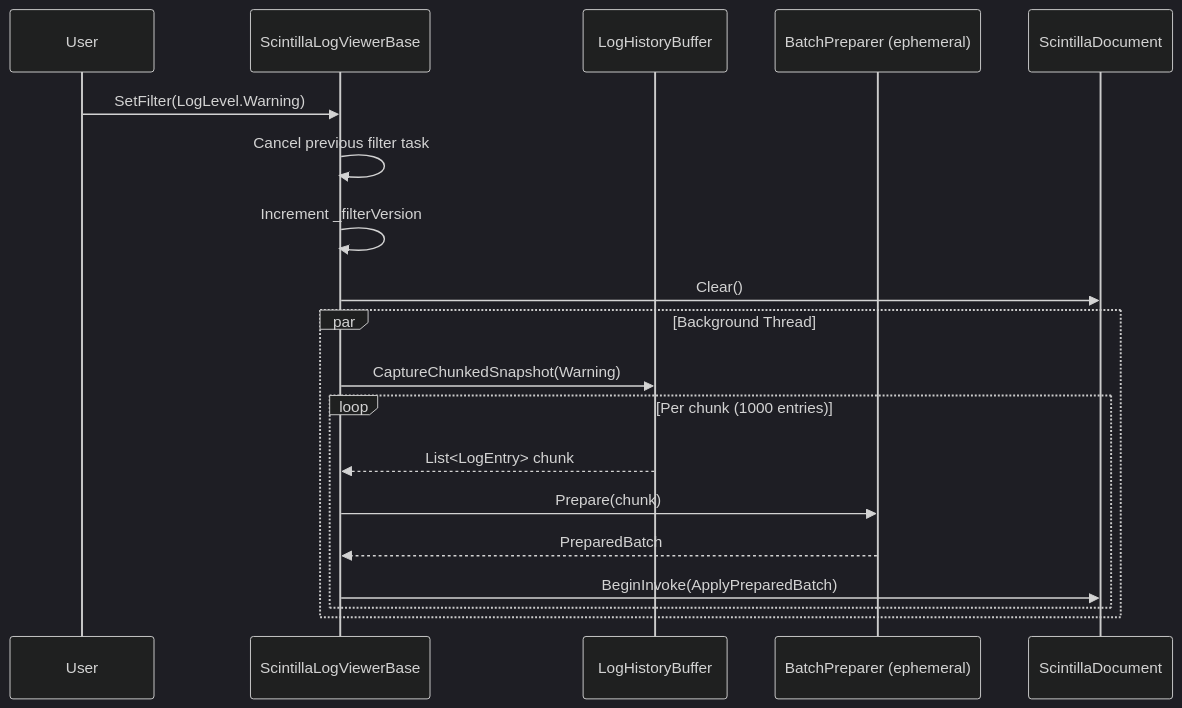
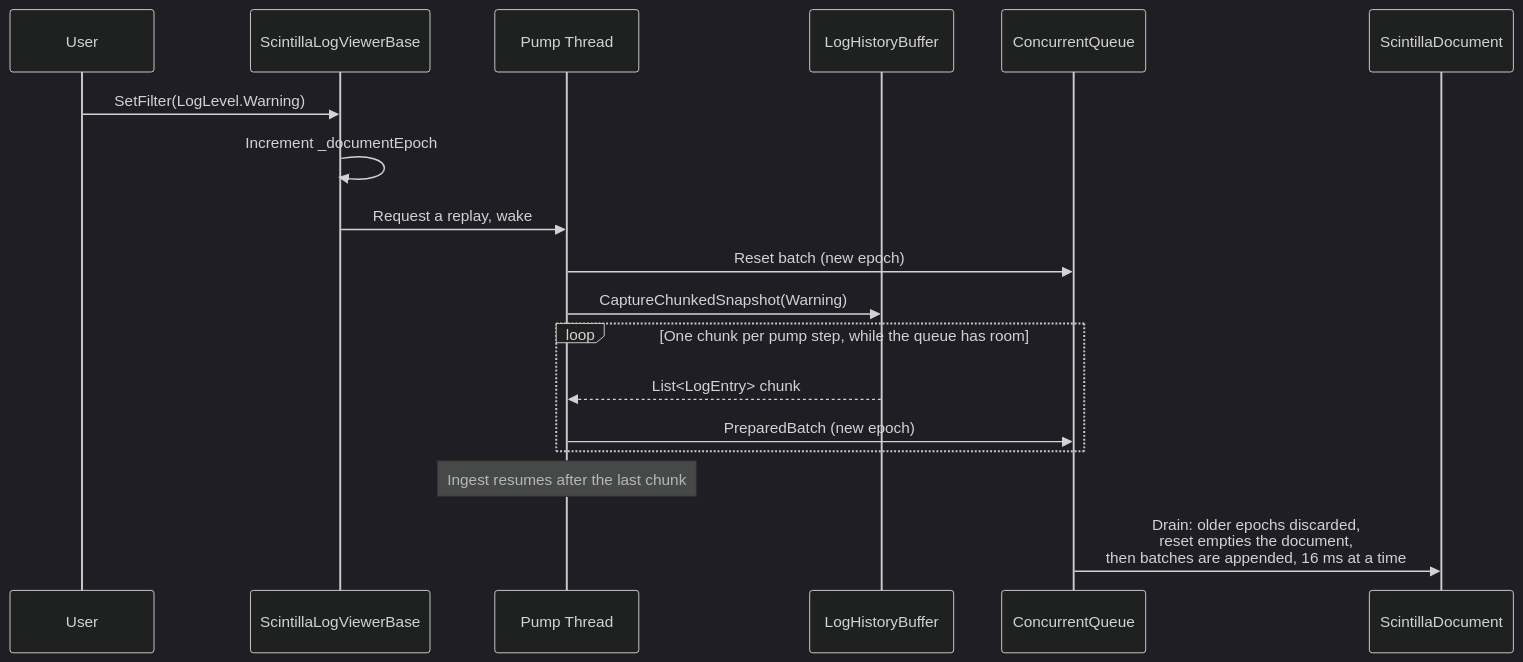
One commit to trgiangv/ZLogger.Scintilla changed the fifth of 8 diagrams in docs/architecture.md. Above: the diagram before and after it, drawn with Mermaid (dark theme). The commit also changed other lines of this file and 6 other files, not shown here.

````diff
--- a/docs/architecture.md
+++ b/docs/architecture.md
@@ -180,23 +204,23 @@
 ```mermaid
 sequenceDiagram
     participant User
     participant Base as ScintillaLogViewerBase
+    participant Pump as Pump Thread
     participant Hist as LogHistoryBuffer
-    participant Prep as BatchPreparer (ephemeral)
+    participant Queue as ConcurrentQueue
     participant Doc as ScintillaDocument
 
     User->>Base: SetFilter(LogLevel.Warning)
-    Base->>Base: Cancel previous filter task
-    Base->>Base: Increment _filterVersion
-    Base->>Doc: Clear()
+    Base->>Base: Increment _documentEpoch
+    Base->>Pump: Request a replay, wake
 
-    par Background Thread
-        Base->>Hist: CaptureChunkedSnapshot(Warning)
-        loop Per chunk (1000 entries)
-            Hist-->>Base: List<LogEntry> chunk
-            Base->>Prep: Prepare(chunk)
-            Prep-->>Base: PreparedBatch
-            Base->>Doc: BeginInvoke(ApplyPreparedBatch)
-        end
+    Pump->>Queue: Reset batch (new epoch)
+    Pump->>Hist: CaptureChunkedSnapshot(Warning)
+    loop One chunk per pump step, while the queue has room
+        Hist-->>Pump: List<LogEntry> chunk
+        Pump->>Queue: PreparedBatch (new epoch)
     end
+    Note over Pump: Ingest resumes after the last chunk
+
+    Queue->>Doc: Drain: older epochs discarded,<br/>reset empties the document,<br/>then batches are appended, 16 ms at a time
 ```
````
